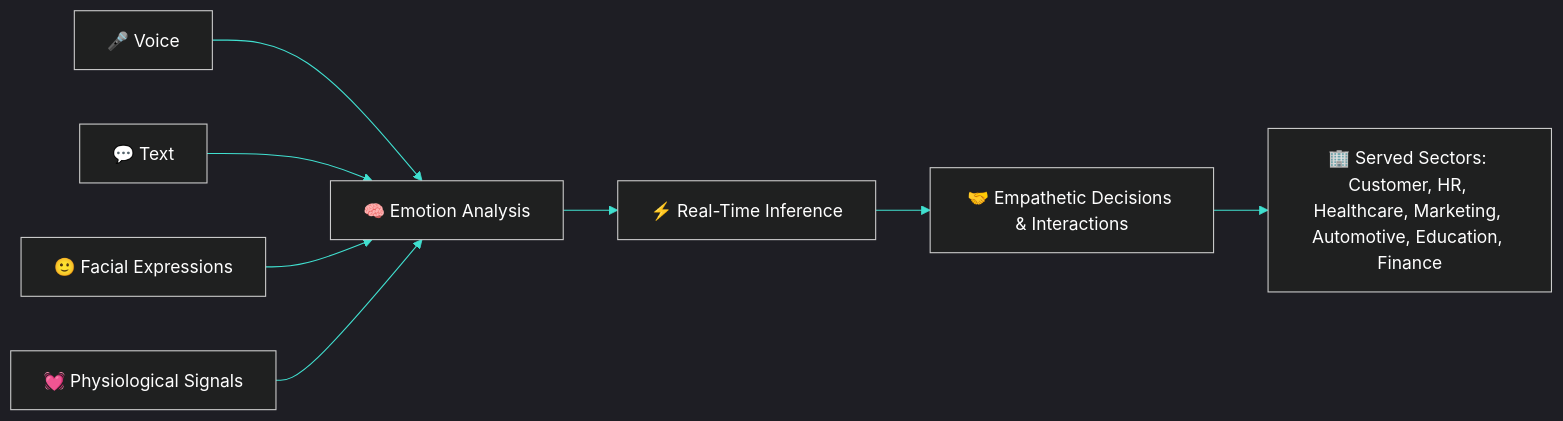
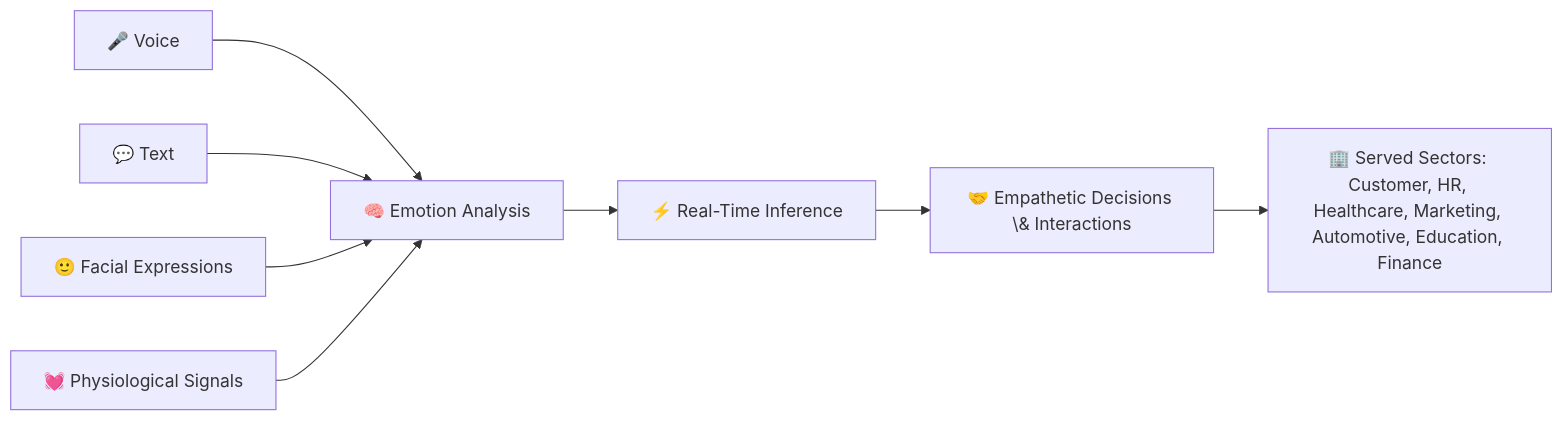
The fourth of 5 diagrams in README.md (Mindful-AI-Assistants/Project-Startup-Mindful-Emotional-AI-Scalable-Ethical-InferenceOps), drawn with Mermaid before and after one commit. The commit also changed other lines of this file, not shown here.

````diff
--- a/README.md
+++ b/README.md
@@ -438,11 +480,11 @@
 ```mermaid
-%%{init: {'theme': 'dark', 'themeVariables': { 'primaryColor': '#1E1E1E', 'primaryBorderColor': '#40E0D0', 'lineColor': '#40E0D0', 'textColor': '#FFFFFF'}}}%%
+%%{init: {'theme': 'dark', 'themeVariables': { 'primaryColor': '\#1E1E1E', 'primaryBorderColor': '\#40E0D0', 'lineColor': '\#40E0D0', 'textColor': '\#FFFFFF'}}}%%
 flowchart LR
-    A[🎤 Voice] --> B[🧠 Emotion Analysis]
-    C[💬 Text] --> B
-    D[🙂 Facial Expressions] --> B
-    E[💓 Physiological Signals] --> B
-    B --> F[⚡ Real-Time Inference]
-    F --> G[🤝 Empathetic Decisions & Interactions]
-    G --> H[🏢 Served Sectors: Customer, HR, Healthcare, Marketing, Automotive, Education, Finance]
+A[🎤 Voice] --> B[🧠 Emotion Analysis]
+C[💬 Text] --> B
+D[🙂 Facial Expressions] --> B
+E[💓 Physiological Signals] --> B
+B --> F[⚡ Real-Time Inference]
+F --> G[🤝 Empathetic Decisions \& Interactions]
+G --> H[🏢 Served Sectors: Customer, HR, Healthcare, Marketing, Automotive, Education, Finance]
 ```
````
